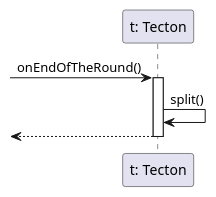
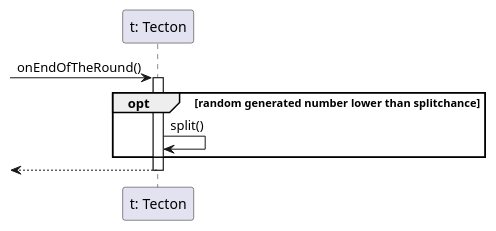
Before and after one commit to dzsem/projlab: the diagram in diagrams/sequence/tecton/endofround_tecton.plantuml, drawn with PlantUML.

```diff
--- a/diagrams/sequence/tecton/endofround_tecton.plantuml
+++ b/diagrams/sequence/tecton/endofround_tecton.plantuml
@@ -1,13 +1,13 @@
 @startuml endofround_tecton
 
 participant "t: Tecton" as tecton
 
 -> tecton: onEndOfTheRound()
 activate tecton
 
-
+opt random generated number lower than splitchance
 tecton -> tecton: split()
-
+end
 <-- tecton
 deactivate tecton
 @enduml
```
